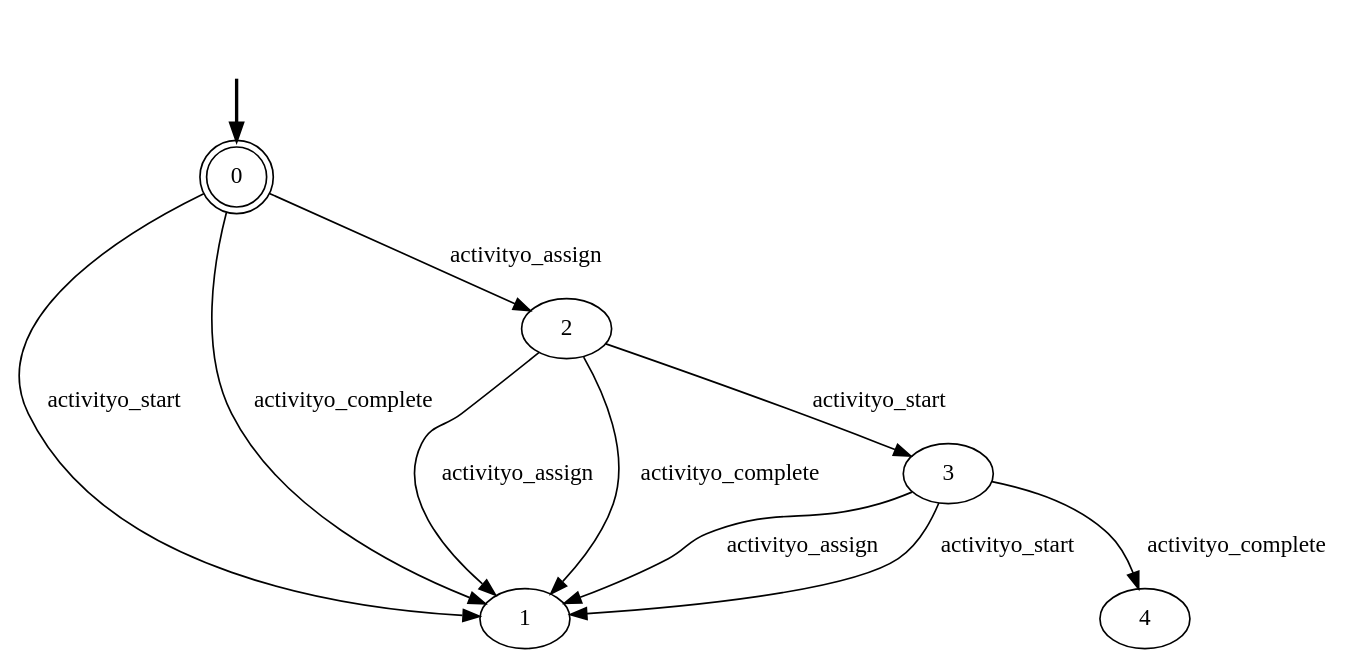
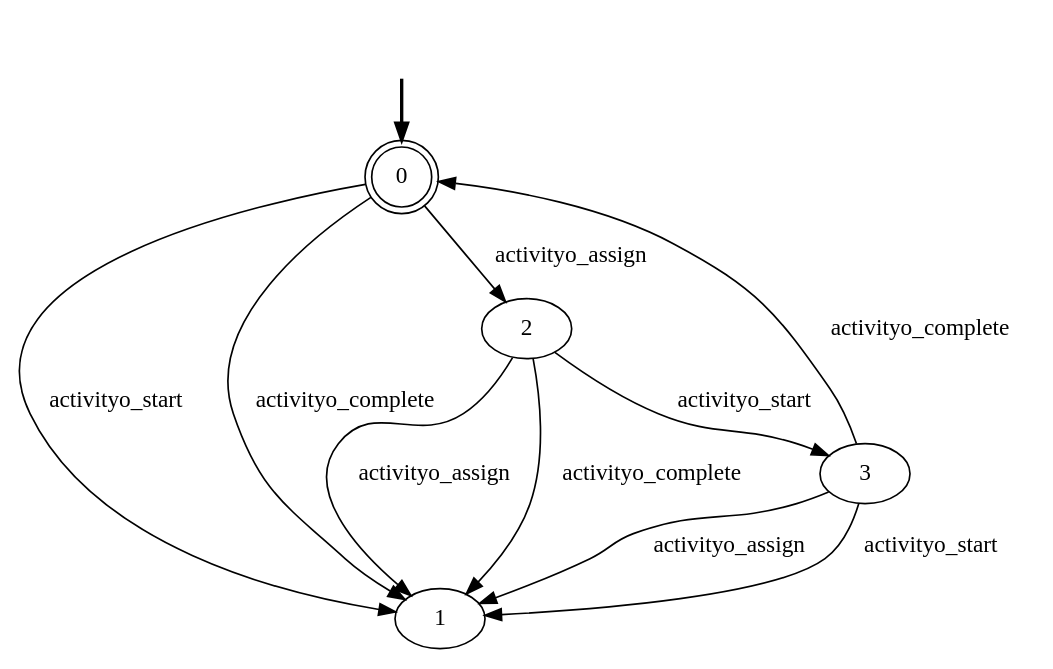
The diagram in out/production/Aligner/lifecycle/activityo__lifecycle.dot (GianmarcoBordin/pddlTranslator), drawn with Graphviz before and after one commit. The commit also changed 101 other files, not shown here.

```diff
--- a/out/production/Aligner/lifecycle/activityo__lifecycle.dot
+++ b/out/production/Aligner/lifecycle/activityo__lifecycle.dot
@@ -1,17 +1,17 @@
 digraph {
 	fake0 [style=invisible]
 	0 [root=true] [shape=doublecircle]
 	1
 	2
 	3
 	fake0 -> 0 [style=bold]
 	2 -> 1 [label=activityo_assign]
 	2 -> 3 [label=activityo_start]
 	2 -> 1 [label=activityo_complete]
 	3 -> 1 [label=activityo_assign]
 	3 -> 1 [label=activityo_start]
-	3 -> 4 [label=activityo_complete]
+	3 -> 0 [label=activityo_complete]
 	0 -> 2 [label=activityo_assign]
 	0 -> 1 [label=activityo_start]
 	0 -> 1 [label=activityo_complete]
 }
```
